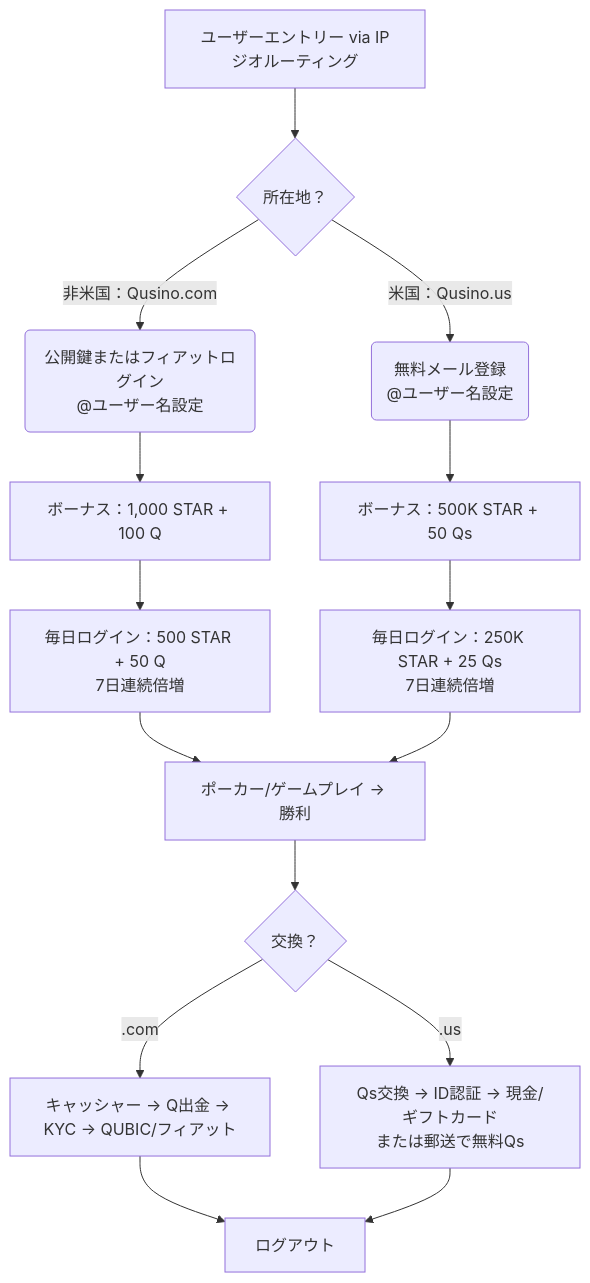
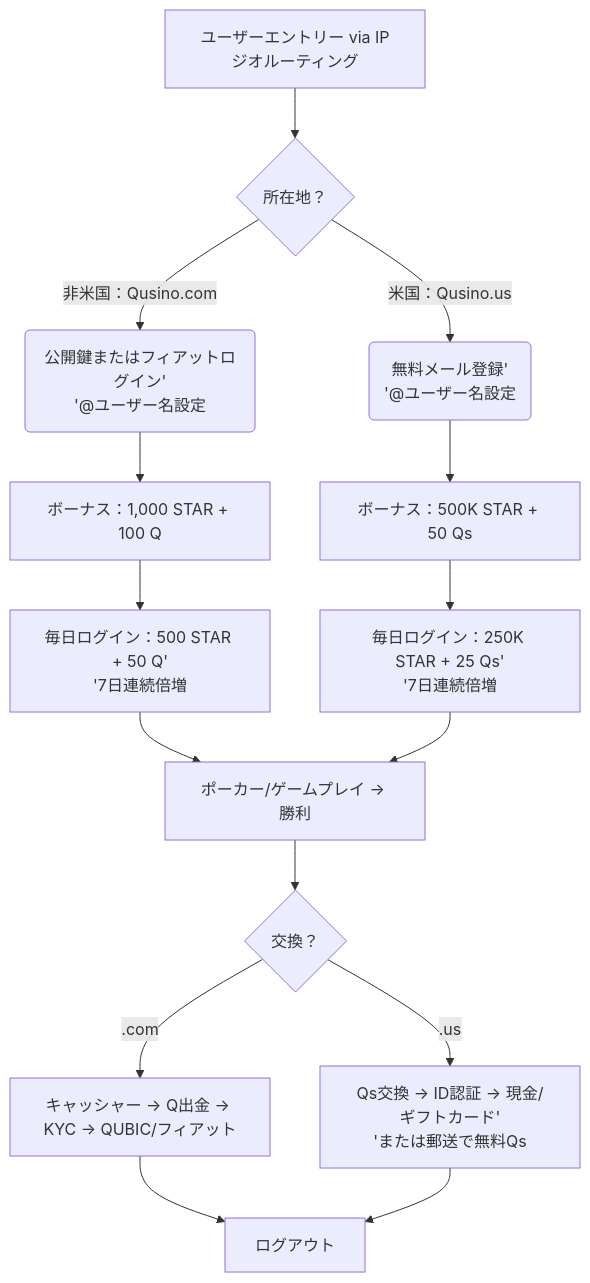
Before and after one commit to nineisten/qusino: diagram 13 of 22 in README.md, drawn with Mermaid. The commit also changed other lines of this file, not shown here.

````diff
--- a/README.md
+++ b/README.md
@@ -924,17 +924,17 @@
 ```mermaid
 graph TD
     A[ユーザーエントリー via IPジオルーティング] --> B{所在地？}
-    B -->|"非米国：Qusino.com"| C("公開鍵またはフィアットログイン\n@ユーザー名設定")
-    B -->|"米国：Qusino.us"| D("無料メール登録\n@ユーザー名設定")
+    B -->|"非米国：Qusino.com"| C("公開鍵またはフィアットログイン'\n'@ユーザー名設定")
+    B -->|"米国：Qusino.us"| D("無料メール登録'\n'@ユーザー名設定")
     C --> E[ボーナス：1,000 STAR + 100 Q]
     D --> F[ボーナス：500K STAR + 50 Qs]
-    E --> G[毎日ログイン：500 STAR + 50 Q\n7日連続倍増]
-    F --> H[毎日ログイン：250K STAR + 25 Qs\n7日連続倍増]
+    E --> G[毎日ログイン：500 STAR + 50 Q'\n'7日連続倍増]
+    F --> H[毎日ログイン：250K STAR + 25 Qs'\n'7日連続倍増]
     G --> I[ポーカー/ゲームプレイ → 勝利]
     H --> I
     I --> J{交換？}
     J -->|.com| K[キャッシャー → Q出金 → KYC → QUBIC/フィアット]
-    J -->|.us| L[Qs交換 → ID認証 → 現金/ギフトカード\nまたは郵送で無料Qs]
+    J -->|.us| L[Qs交換 → ID認証 → 現金/ギフトカード'\n'または郵送で無料Qs]
     K --> M[ログアウト]
     L --> M
 ```
````
